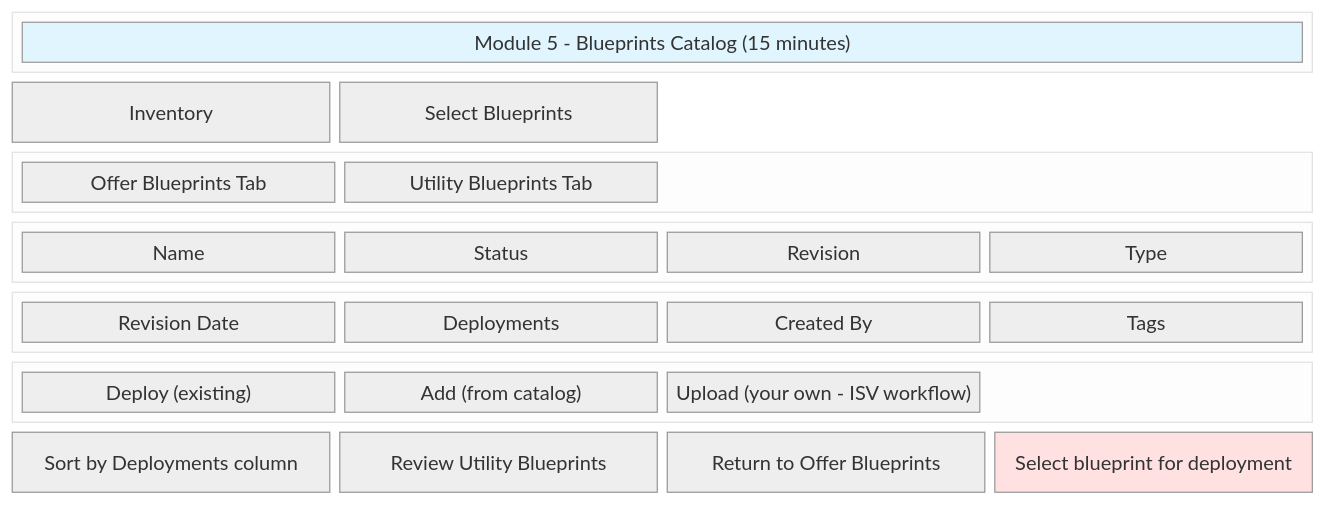
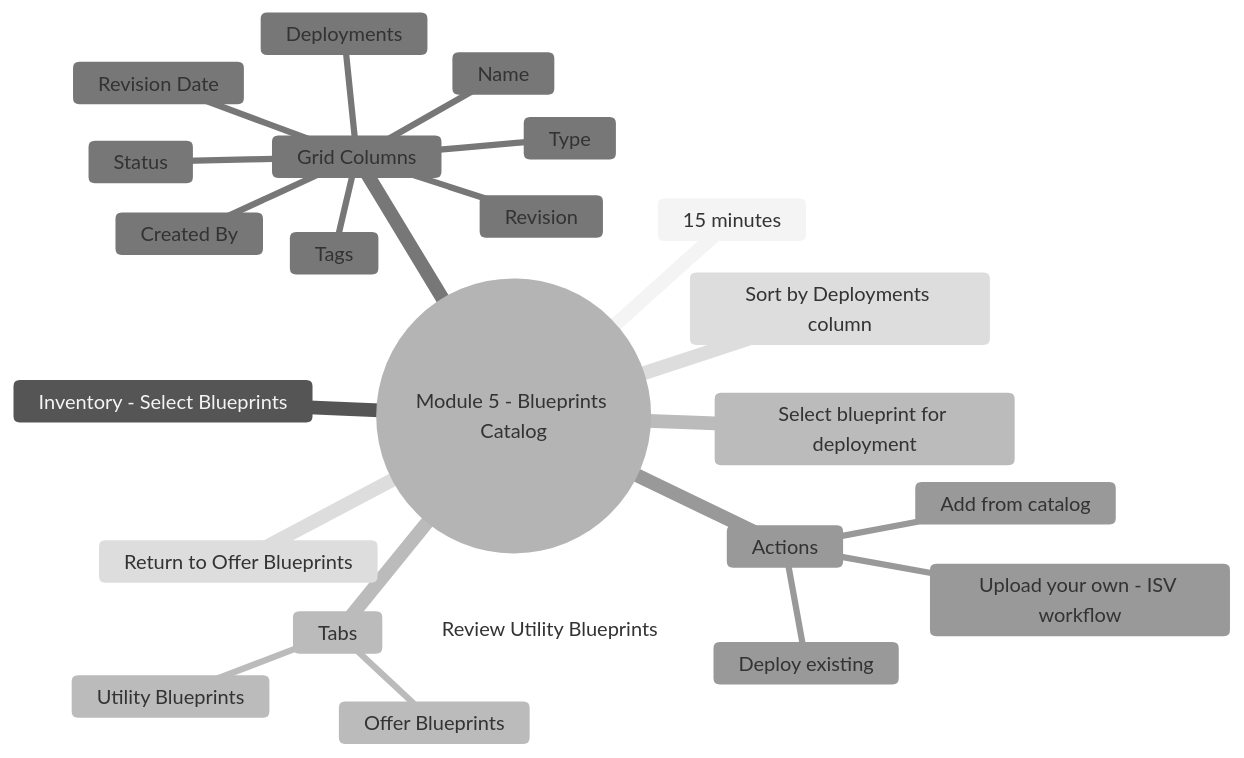
One commit to tme-tech-ops/take-it-for-a-spin-partner-training changed the diagram in docs/Instructor_Screen_Flow/slide_06_module5_blueprints.mmd. Above: the diagram before and after it, drawn with Mermaid (neutral theme). The commit also changed 9 other files, not shown here.

First line of the commit message:
Convert diagrams to mindmap format with minimal boxes

```diff
--- a/docs/Instructor_Screen_Flow/slide_06_module5_blueprints.mmd
+++ b/docs/Instructor_Screen_Flow/slide_06_module5_blueprints.mmd
@@ -1,45 +1,24 @@
-block-beta
-    columns 4
-    
-    block:header:4
-        A["Module 5 - Blueprints Catalog (15 minutes)"]
-    end
-    
-    B["Inventory"]
-    C["Select Blueprints"]
-    space:2
-    
-    block:tabs:4
-        D["Offer Blueprints Tab"]
-        E["Utility Blueprints Tab"]
-        space:2
-    end
-    
-    block:columns:4
-        F["Name"]
-        G["Status"]
-        H["Revision"]
-        I["Type"]
-    end
-    
-    block:columns2:4
-        J["Revision Date"]
-        K["Deployments"]
-        L["Created By"]
-        M["Tags"]
-    end
-    
-    block:actions:4
-        N["Deploy (existing)"]
-        O["Add (from catalog)"]
-        P["Upload (your own - ISV workflow)"]
-        space
-    end
-    
-    Q["Sort by Deployments column"]
-    R["Review Utility Blueprints"]
-    S["Return to Offer Blueprints"]
-    T["Select blueprint for deployment"]
-
-    style A fill:#e1f5ff
-    style T fill:#ffe1e1
+mindmap
+  root((Module 5 - Blueprints Catalog))
+    15 minutes
+    Inventory - Select Blueprints
+    Tabs
+      Offer Blueprints
+      Utility Blueprints
+    Grid Columns
+      Name
+      Status
+      Revision
+      Type
+      Revision Date
+      Deployments
+      Created By
+      Tags
+    Actions
+      Deploy existing
+      Add from catalog
+      Upload your own - ISV workflow
+    Sort by Deployments column
+    Review Utility Blueprints
+    Return to Offer Blueprints
+    Select blueprint for deployment
```
